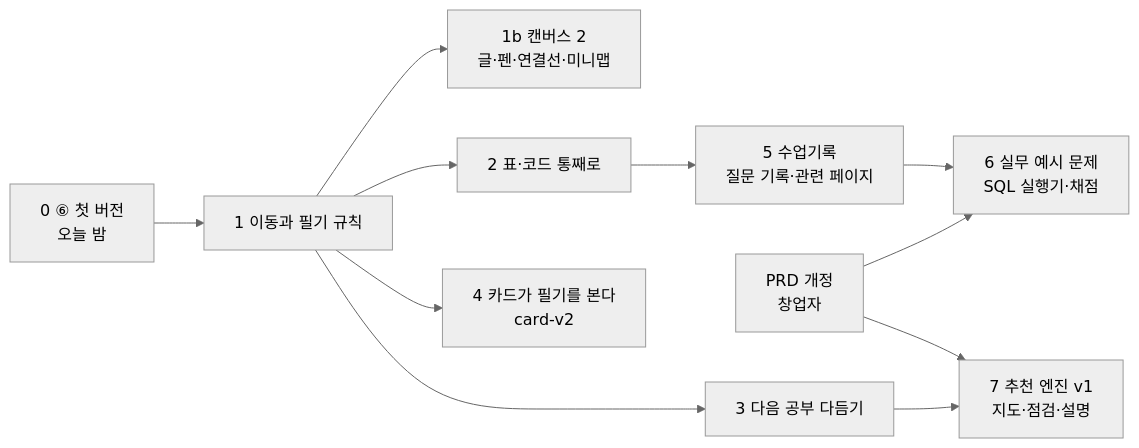
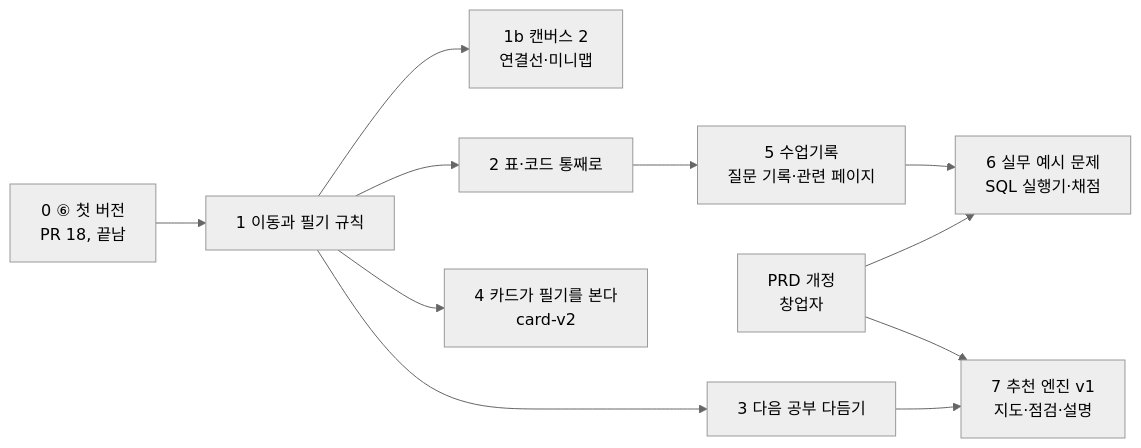
One commit to IBORY-PURPLE/Experii changed the eighth of 8 diagrams in docs/plans/2026-10-30-overnight-desktop/flow-v2.md. Above: the diagram before and after it, drawn with Mermaid (neutral theme). The commit also changed other lines of this file, not shown here.

First line of the commit message:
Match the use flow to the note page that PR #18 built

````diff
--- a/docs/plans/2026-10-30-overnight-desktop/flow-v2.md
+++ b/docs/plans/2026-10-30-overnight-desktop/flow-v2.md
@@ -766,13 +770,13 @@
 ```mermaid
 flowchart LR
-    S0["0 ⑥ 첫 버전<br/>오늘 밤"] --> S1["1 이동과 필기 규칙"]
-    S1 --> S1b["1b 캔버스 2<br/>글·펜·연결선·미니맵"]
+    S0["0 ⑥ 첫 버전<br/>PR 18, 끝남"] --> S1["1 이동과 필기 규칙"]
+    S1 --> S1b["1b 캔버스 2<br/>연결선·미니맵"]
     S1 --> S2["2 표·코드 통째로"]
     S1 --> S3["3 다음 공부 다듬기"]
     S1 --> S4["4 카드가 필기를 본다<br/>card-v2"]
     S2 --> S5["5 수업기록<br/>질문 기록·관련 페이지"]
     PRD["PRD 개정<br/>창업자"] --> S6["6 실무 예시 문제<br/>SQL 실행기·채점"]
     S5 --> S6
     S3 --> S7["7 추천 엔진 v1<br/>지도·점검·설명"]
     PRD --> S7
 ```
````
